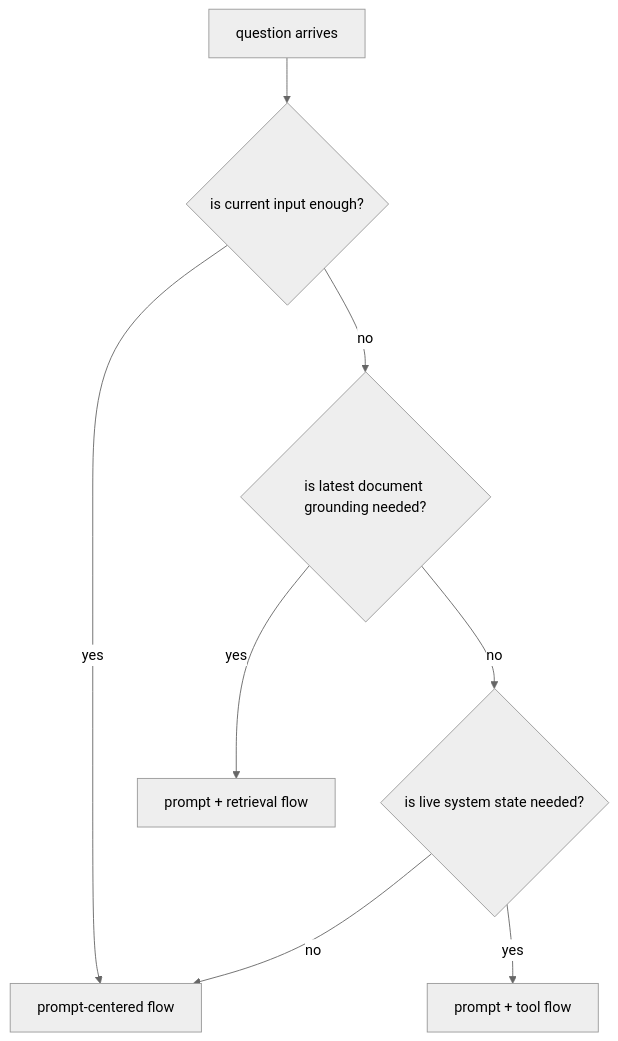
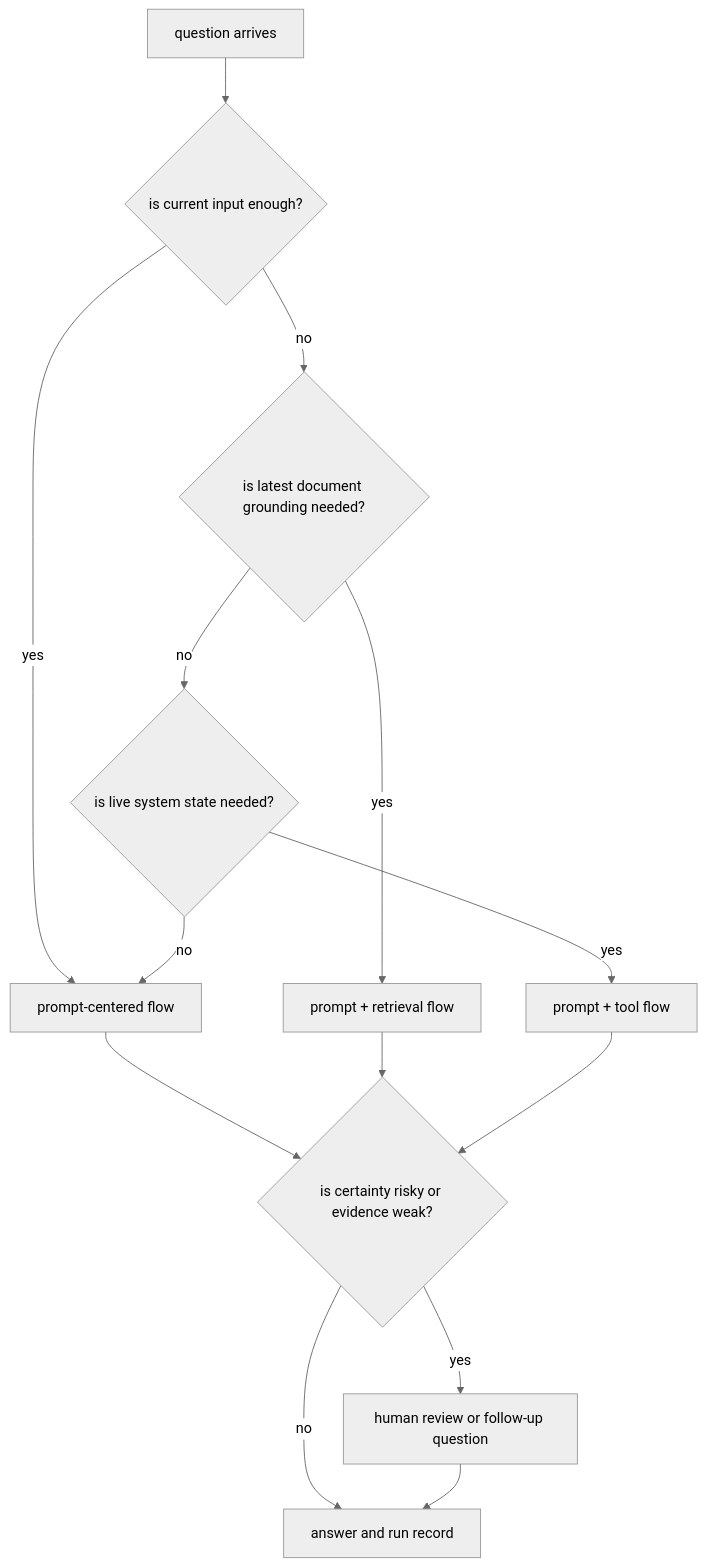
One commit to devchan64/AiBook changed the diagram in docs/assets/part-06/chapter-18/p6-c18-s01-request-routing-en.mmd. Above: the diagram before and after it, drawn with Mermaid (neutral theme). The commit also changed 43 other files, not shown here.

```diff
--- a/docs/assets/part-06/chapter-18/p6-c18-s01-request-routing-en.mmd
+++ b/docs/assets/part-06/chapter-18/p6-c18-s01-request-routing-en.mmd
@@ -1,16 +1,25 @@
 flowchart TD
   A["question arrives"]
   B{"is current input enough?"}
   C{"is latest document grounding needed?"}
   D{"is live system state needed?"}
+  H{"is certainty risky or evidence weak?"}
   E["prompt-centered flow"]
   F["prompt + retrieval flow"]
   G["prompt + tool flow"]
+  I["human review or follow-up question"]
+  J["answer and run record"]
 
   A --> B
   B -->|yes| E
   B -->|no| C
   C -->|yes| F
   C -->|no| D
   D -->|yes| G
   D -->|no| E
+  E --> H
+  F --> H
+  G --> H
+  H -->|yes| I
+  H -->|no| J
+  I --> J
```
